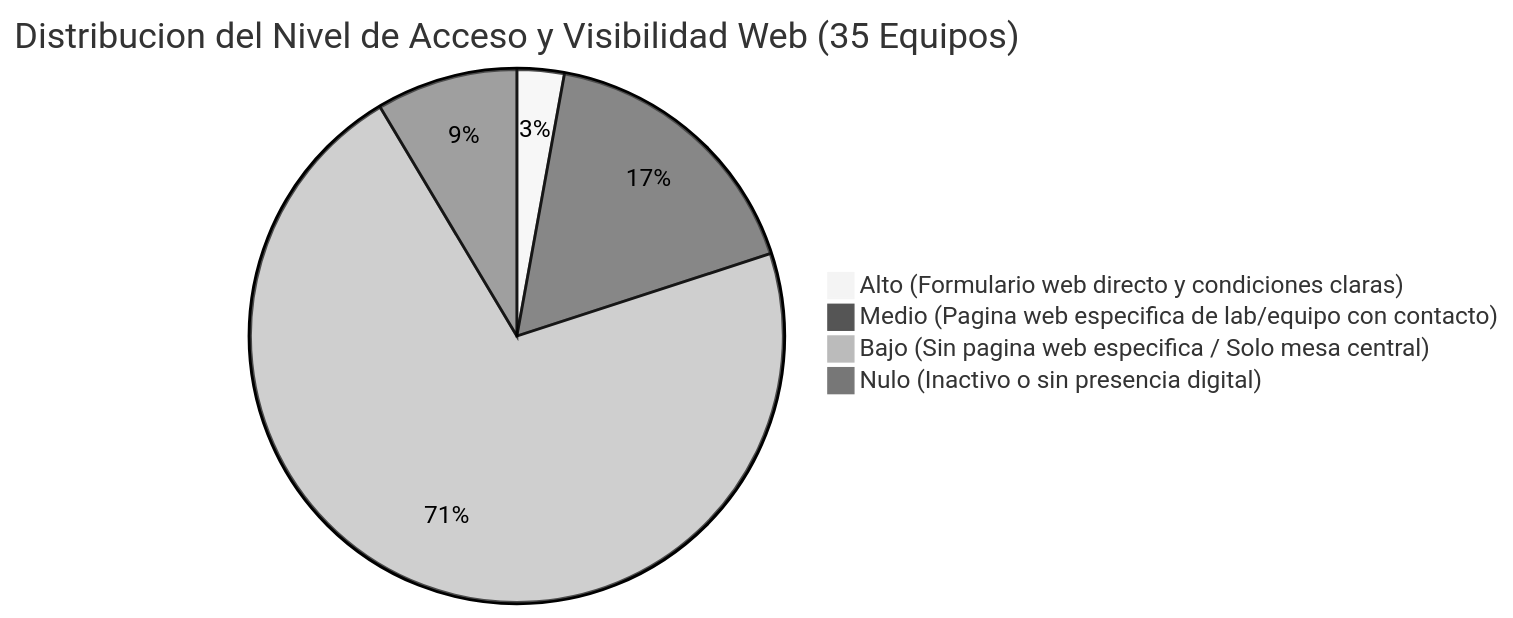
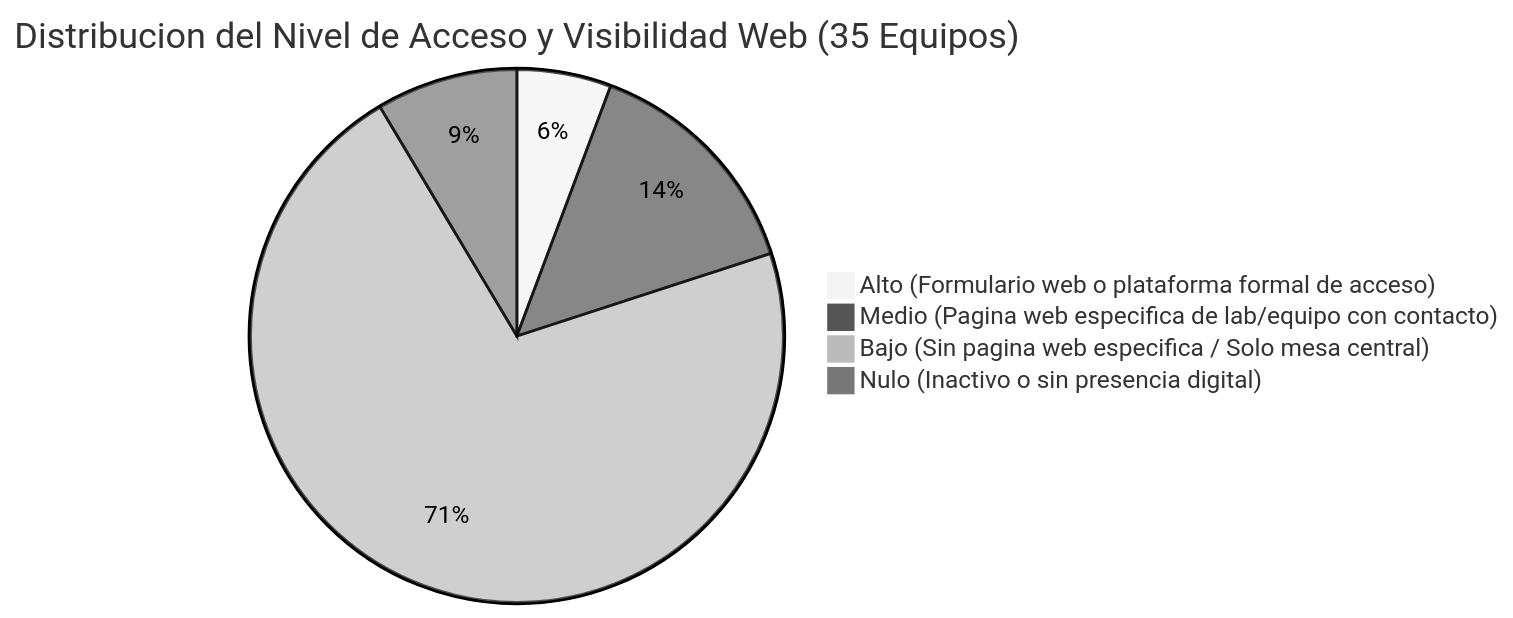
Before and after one commit to VAVARO/dashboard_catastro_nca: the diagram in acceso_informacion_equipos.md, drawn with Mermaid (neutral theme). The commit also changed other lines of this file and 4 other files, not shown here.

````diff
--- a/acceso_informacion_equipos.md
+++ b/acceso_informacion_equipos.md
@@ -16,7 +18,7 @@
 ```mermaid
 pie title Distribucion del Nivel de Acceso y Visibilidad Web (35 Equipos)
-    "Alto (Formulario web directo y condiciones claras)" : 1
-    "Medio (Pagina web especifica de lab/equipo con contacto)" : 6
+    "Alto (Formulario web o plataforma formal de acceso)" : 2
+    "Medio (Pagina web especifica de lab/equipo con contacto)" : 5
     "Bajo (Sin pagina web especifica / Solo mesa central)" : 25
     "Nulo (Inactivo o sin presencia digital)" : 3
 ```
````
